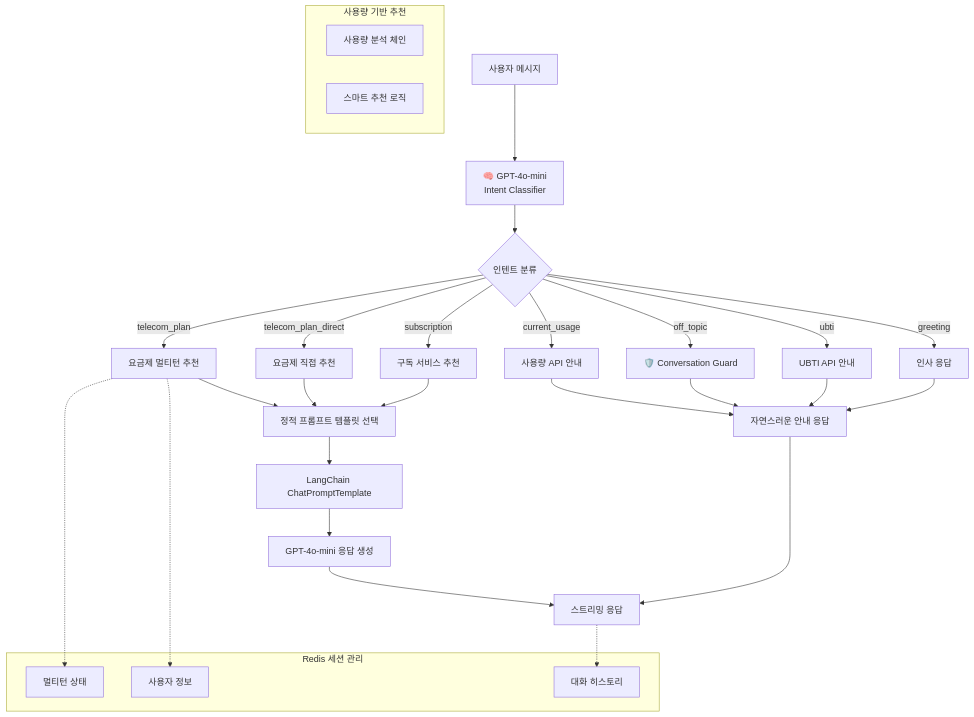
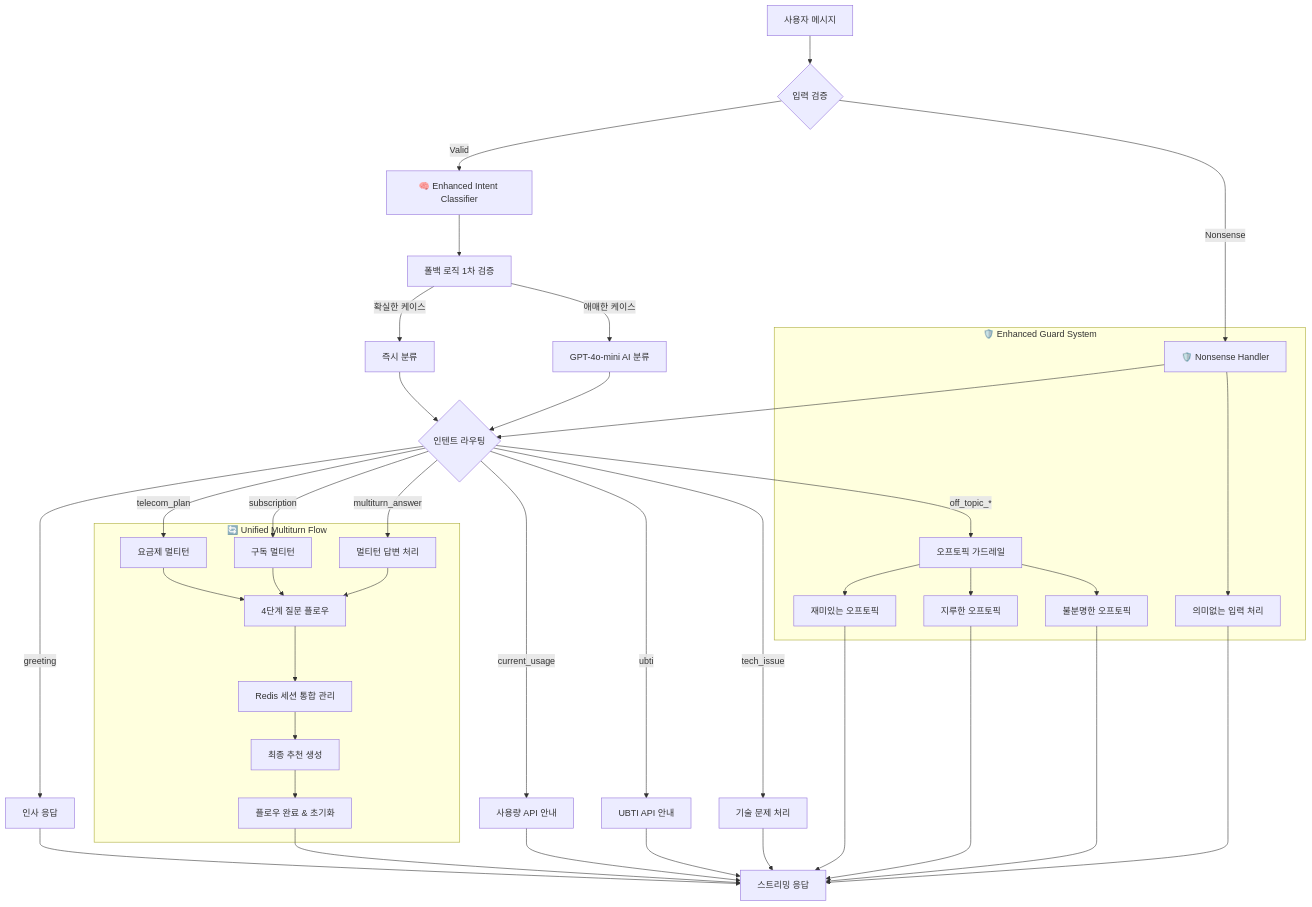
The first of 2 diagrams in README.md (Ureca-Middle-Project-Team4/4EVER0-AI), drawn with Mermaid before and after one commit. The commit also changed other lines of this file, not shown here.

````diff
--- a/README.md
+++ b/README.md
@@ -128,41 +141,49 @@
 ```mermaid
 graph TD
-    A[사용자 메시지] --> B[🧠 GPT-4o-mini<br/>Intent Classifier]
-    B --> C{인텐트 분류}
+    A[사용자 메시지] --> B{입력 검증}
+    B -->|Valid| C[🧠 Enhanced Intent Classifier]
+    B -->|Nonsense| H[🛡️ Nonsense Handler]
     
-    C -->|telecom_plan| D[요금제 멀티턴 추천]
-    C -->|telecom_plan_direct| E[요금제 직접 추천]
-    C -->|subscription| F[구독 서비스 추천]
-    C -->|current_usage| G[사용량 API 안내]
-    C -->|off_topic| H[🛡️ Conversation Guard]
-    C -->|ubti| I[UBTI API 안내]
-    C -->|greeting| J[인사 응답]
+    C --> D[폴백 로직 1차 검증]
+    D -->|확실한 케이스| E[즉시 분류]
+    D -->|애매한 케이스| F[GPT-4o-mini AI 분류]
     
-    D --> K[정적 프롬프트 템플릿 선택]
-    E --> K
-    F --> K
-    G --> L[자연스러운 안내 응답]
-    H --> L
-    I --> L
-    J --> L
+    E --> G{인텐트 라우팅}
+    F --> G
+    H --> G
     
-    K --> M[LangChain ChatPromptTemplate]
-    M --> N[GPT-4o-mini 응답 생성]
-    N --> O[스트리밍 응답]
-    L --> O
+    G -->|greeting| I[인사 응답]
+    G -->|telecom_plan| J[요금제 멀티턴]
+    G -->|subscription| K[구독 멀티턴]
+    G -->|multiturn_answer| L[멀티턴 답변 처리]
+    G -->|off_topic_*| M[오프토픽 가드레일]
+    G -->|current_usage| N[사용량 API 안내]
+    G -->|ubti| O[UBTI API 안내]
+    G -->|tech_issue| P[기술 문제 처리]
     
-    subgraph "사용량 기반 추천"
-        P[사용량 분석 체인]
-        Q[스마트 추천 로직]
+    subgraph "🔄 Unified Multiturn Flow"
+        J --> Q[4단계 질문 플로우]
+        K --> Q
+        L --> Q
+        Q --> R[Redis 세션 통합 관리]
+        R --> S[최종 추천 생성]
+        S --> T[플로우 완료 & 초기화]
     end
     
-    subgraph "Redis 세션 관리"
-        R[멀티턴 상태]
-        S[사용자 정보]
-        T[대화 히스토리]
+    subgraph "🛡️ Enhanced Guard System"
+        M --> U[재미있는 오프토픽]
+        M --> V[지루한 오프토픽]
+        M --> W[불분명한 오프토픽]
+        H --> X[의미없는 입력 처리]
     end
     
-    D -.-> R
-    D -.-> S
-    O -.-> T
+    I --> Y[스트리밍 응답]
+    U --> Y
+    V --> Y
+    W --> Y
+    X --> Y
+    N --> Y
+    O --> Y
+    P --> Y
+    T --> Y
 ```
````
